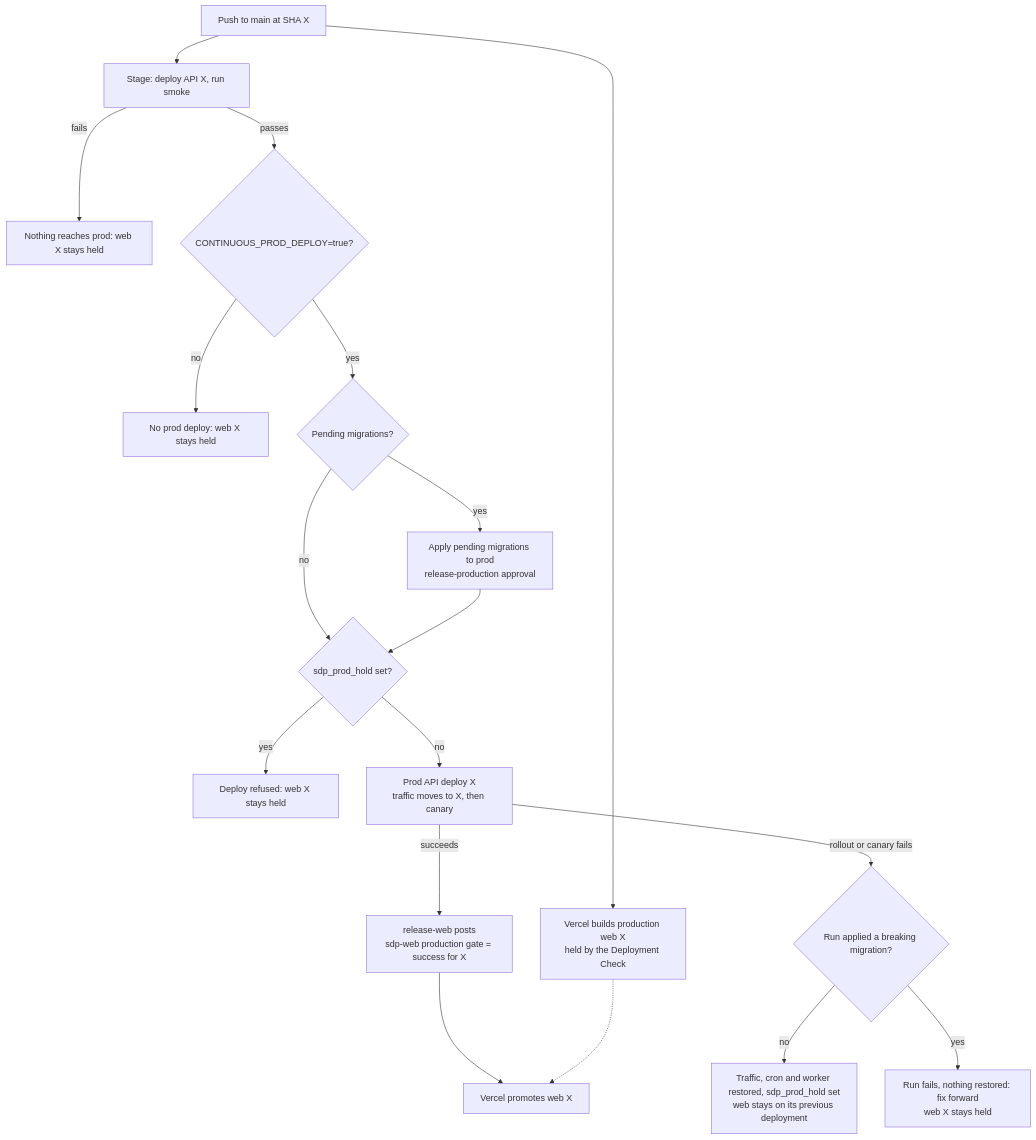
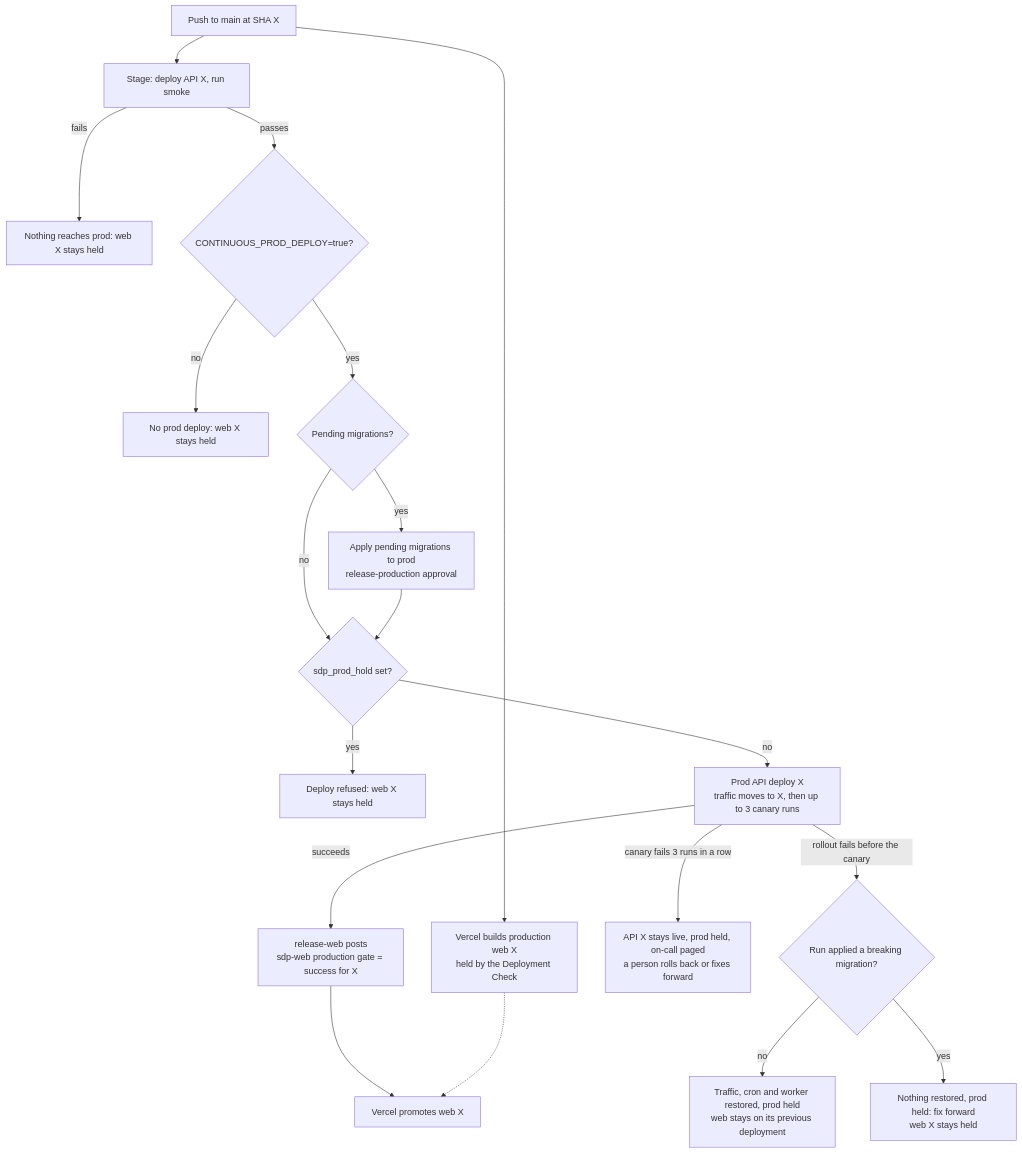
Before and after one commit to solana-foundation/solana-developer-platform: the diagram in docs/ops/release-operations.md, drawn with Mermaid. The commit also changed other lines of this file and 9 other files, not shown here.

First line of the commit message:
ci(deploy): hold prod on a failed canary and add a one-click rollback

````diff
--- a/docs/ops/release-operations.md
+++ b/docs/ops/release-operations.md
@@ -19,20 +20,21 @@
 ```mermaid
 flowchart TD
   M["Push to main at SHA X"] --> WB["Vercel builds production web X<br/>held by the Deployment Check"]
   M --> ST["Stage: deploy API X, run smoke"]
   ST -- fails --> H1["Nothing reaches prod: web X stays held"]
   ST -- passes --> KS{"CONTINUOUS_PROD_DEPLOY=true?"}
   KS -- no --> H0["No prod deploy: web X stays held"]
   KS -- yes --> SC{"Pending migrations?"}
   SC -- yes --> AP["Apply pending migrations to prod<br/>release-production approval"]
   SC -- no --> HD{"sdp_prod_hold set?"}
   AP --> HD
   HD -- yes --> H4["Deploy refused: web X stays held"]
-  HD -- no --> PD["Prod API deploy X<br/>traffic moves to X, then canary"]
-  PD -- "rollout or canary fails" --> BR{"Run applied a breaking migration?"}
-  BR -- no --> H2["Traffic, cron and worker restored, sdp_prod_hold set<br/>web stays on its previous deployment"]
-  BR -- yes --> H3["Run fails, nothing restored: fix forward<br/>web X stays held"]
+  HD -- no --> PD["Prod API deploy X<br/>traffic moves to X, then up to 3 canary runs"]
+  PD -- "rollout fails before the canary" --> BR{"Run applied a breaking migration?"}
+  BR -- no --> H2["Traffic, cron and worker restored, prod held<br/>web stays on its previous deployment"]
+  BR -- yes --> H3["Nothing restored, prod held: fix forward<br/>web X stays held"]
+  PD -- "canary fails 3 runs in a row" --> H5["API X stays live, prod held, on-call paged<br/>a person rolls back or fixes forward"]
   PD -- succeeds --> RW["release-web posts<br/>sdp-web production gate = success for X"]
   RW --> VP["Vercel promotes web X"]
   WB -.-> VP
 ```
````
